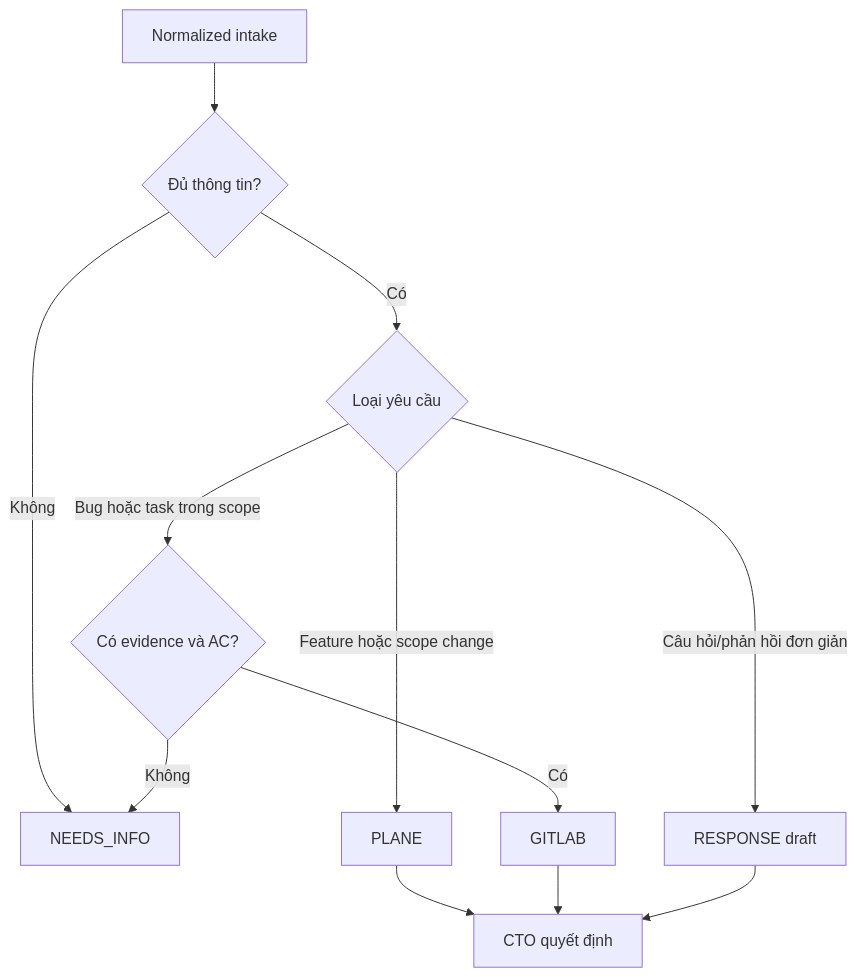
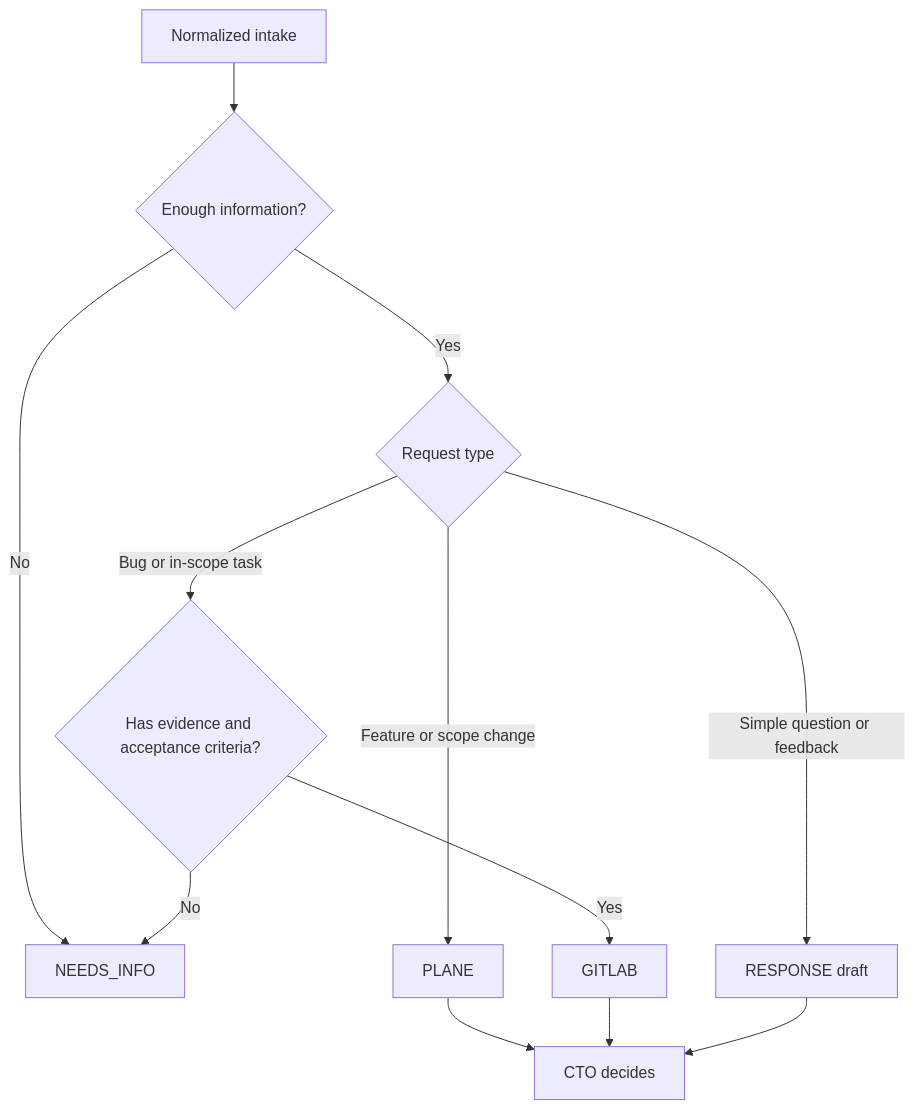
The second of 11 diagrams in docs/stable/flows.md (ZiniSoft/intake), drawn with Mermaid before and after one commit. The commit also changed other lines of this file and 70 other files, not shown here.

````diff
--- a/docs/stable/flows.md
+++ b/docs/stable/flows.md
@@ -35,14 +35,14 @@
 ```mermaid
 flowchart TD
-    A[Normalized intake] --> B{Đủ thông tin?}
-    B -->|Không| N[NEEDS_INFO]
-    B -->|Có| T{Loại yêu cầu}
-    T -->|Feature hoặc scope change| P[PLANE]
-    T -->|Bug hoặc task trong scope| G{Có evidence và AC?}
-    T -->|Câu hỏi/phản hồi đơn giản| R[RESPONSE draft]
-    G -->|Có| GL[GITLAB]
-    G -->|Không| N
-    P --> H[CTO quyết định]
+    A[Normalized intake] --> B{Enough information?}
+    B -->|No| N[NEEDS_INFO]
+    B -->|Yes| T{Request type}
+    T -->|Feature or scope change| P[PLANE]
+    T -->|Bug or in-scope task| G{Has evidence and acceptance criteria?}
+    T -->|Simple question or feedback| R[RESPONSE draft]
+    G -->|Yes| GL[GITLAB]
+    G -->|No| N
+    P --> H[CTO decides]
     GL --> H
     R --> H
 ```
````
